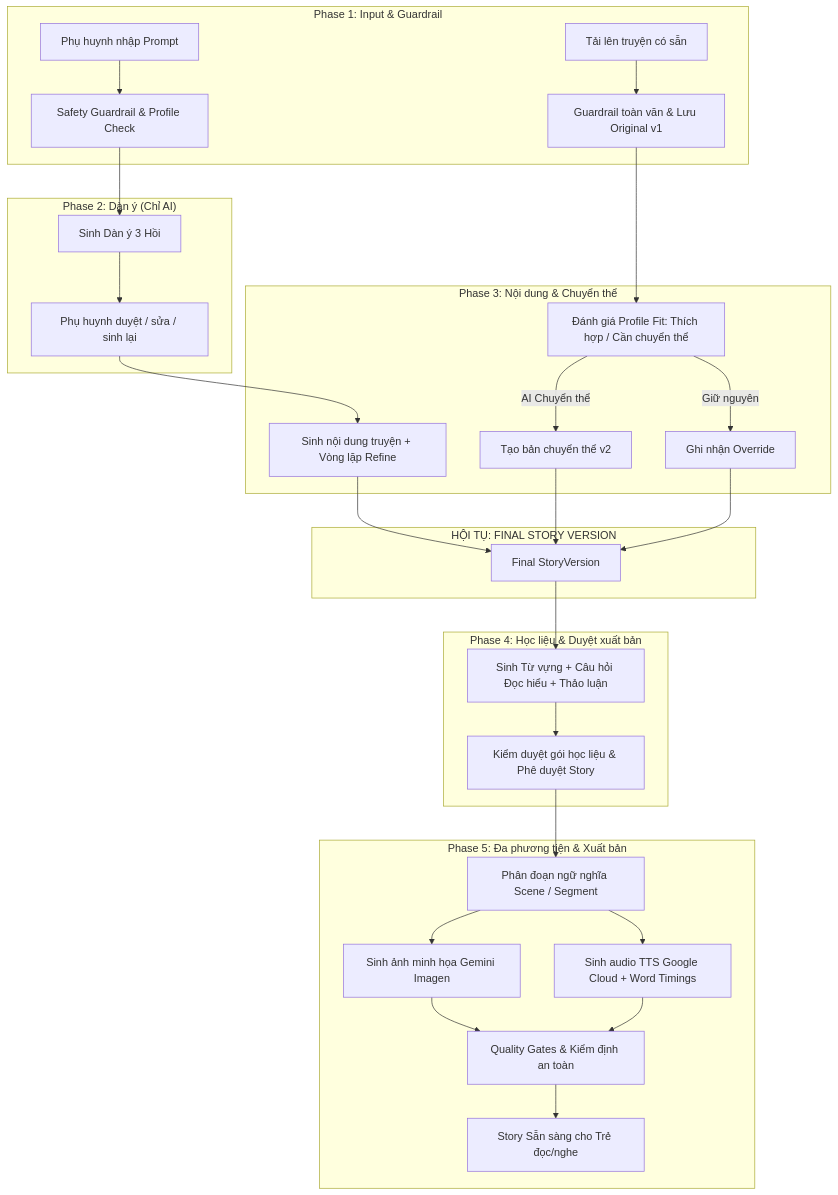
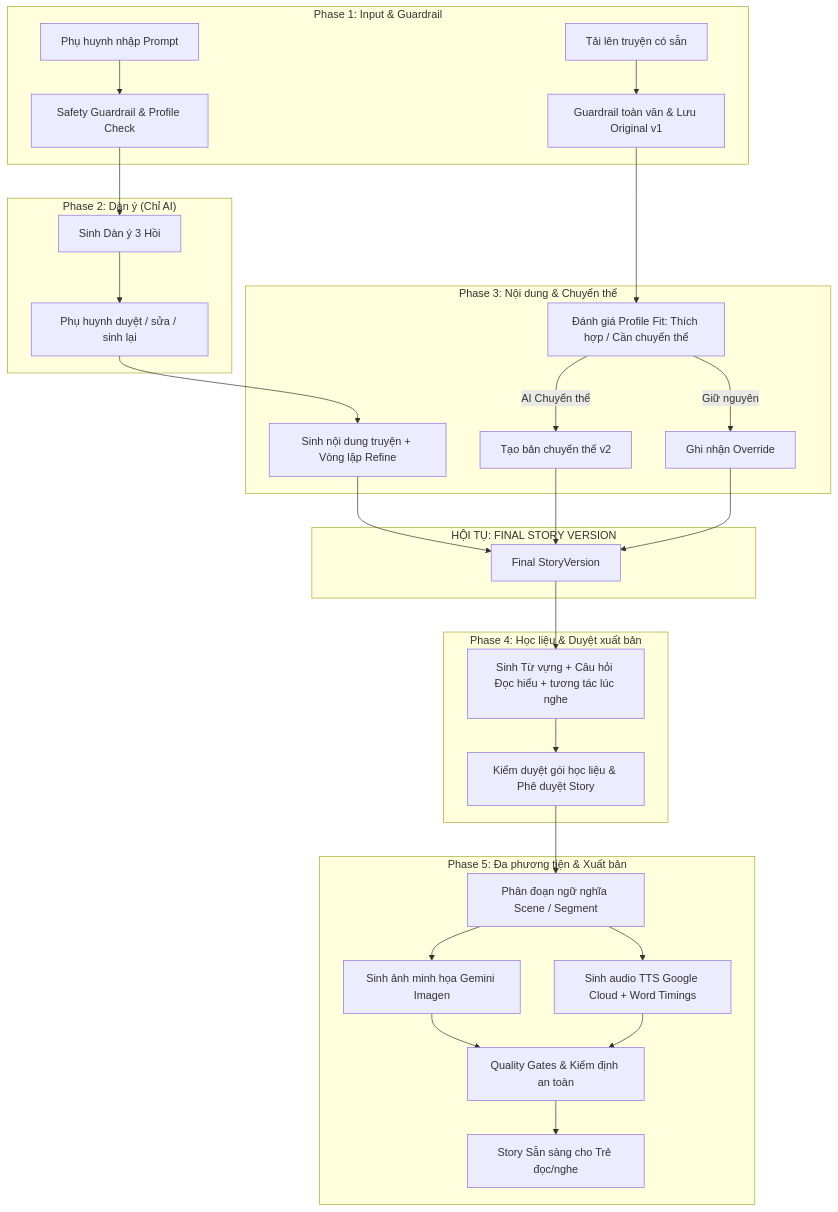
The first of 2 diagrams in src/AI/01_FLOW_2_ARCHITECTURE_AND_SYSTEM_DESIGN.md (FA26SE142-GFA26SE04-AI-Storytelling/AI_Storytelling_Backend), drawn with Mermaid before and after one commit. The commit also changed other lines of this file and 170 other files, not shown here.

````diff
--- a/src/AI/01_FLOW_2_ARCHITECTURE_AND_SYSTEM_DESIGN.md
+++ b/src/AI/01_FLOW_2_ARCHITECTURE_AND_SYSTEM_DESIGN.md
@@ -24,39 +24,39 @@
 ```mermaid
 flowchart TD
     subgraph INTAKE["Phase 1: Input & Guardrail"]
         A1[Phụ huynh nhập Prompt] --> P1A[Safety Guardrail & Profile Check]
         B1[Tải lên truyện có sẵn] --> P1B[Guardrail toàn văn & Lưu Original v1]
     end
 
     subgraph OUTLINE["Phase 2: Dàn ý (Chỉ AI)"]
         P1A --> P2[Sinh Dàn ý 3 Hồi]
         P2 --> P2_Rev[Phụ huynh duyệt / sửa / sinh lại]
     end
 
     subgraph CONTENT["Phase 3: Nội dung & Chuyển thể"]
         P2_Rev --> P3A[Sinh nội dung truyện + Vòng lặp Refine]
         P1B --> P3B[Đánh giá Profile Fit: Thích hợp / Cần chuyển thể]
         P3B -->|AI Chuyển thể| P3B_Adapt[Tạo bản chuyển thể v2]
         P3B -->|Giữ nguyên| P3B_Keep[Ghi nhận Override]
     end
 
     subgraph CONVERGENCE["HỘI TỤ: FINAL STORY VERSION"]
         P3A --> FSV[Final StoryVersion]
         P3B_Adapt --> FSV
         P3B_Keep --> FSV
     end
 
     subgraph ARTIFACTS["Phase 4: Học liệu & Duyệt xuất bản"]
-        FSV --> P4[Sinh Từ vựng + Câu hỏi Đọc hiểu + Thảo luận]
+        FSV --> P4[Sinh Từ vựng + Câu hỏi Đọc hiểu + tương tác lúc nghe]
         P4 --> P4_Rev[Kiểm duyệt gói học liệu & Phê duyệt Story]
     end
 
     subgraph MEDIA["Phase 5: Đa phương tiện & Xuất bản"]
         P4_Rev --> P5_Seg[Phân đoạn ngữ nghĩa Scene / Segment]
         P5_Seg --> P5_Img[Sinh ảnh minh họa Gemini Imagen]
         P5_Seg --> P5_Tts[Sinh audio TTS Google Cloud + Word Timings]
         P5_Img --> P5_Gate[Quality Gates & Kiểm định an toàn]
         P5_Tts --> P5_Gate
         P5_Gate --> READY[Story Sẵn sàng cho Trẻ đọc/nghe]
     end
 ```
````
